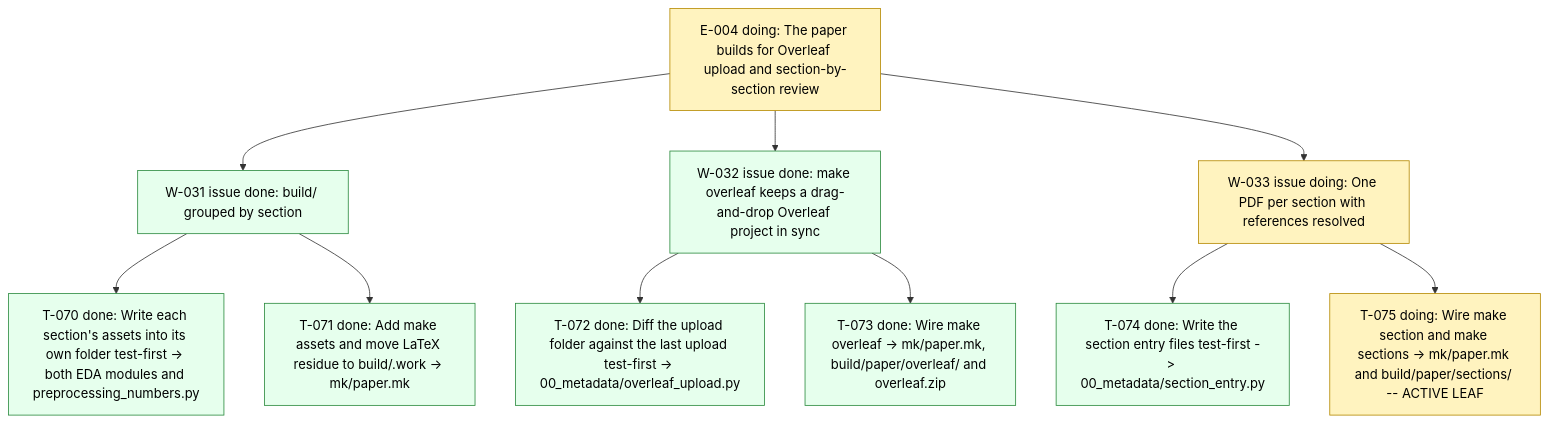
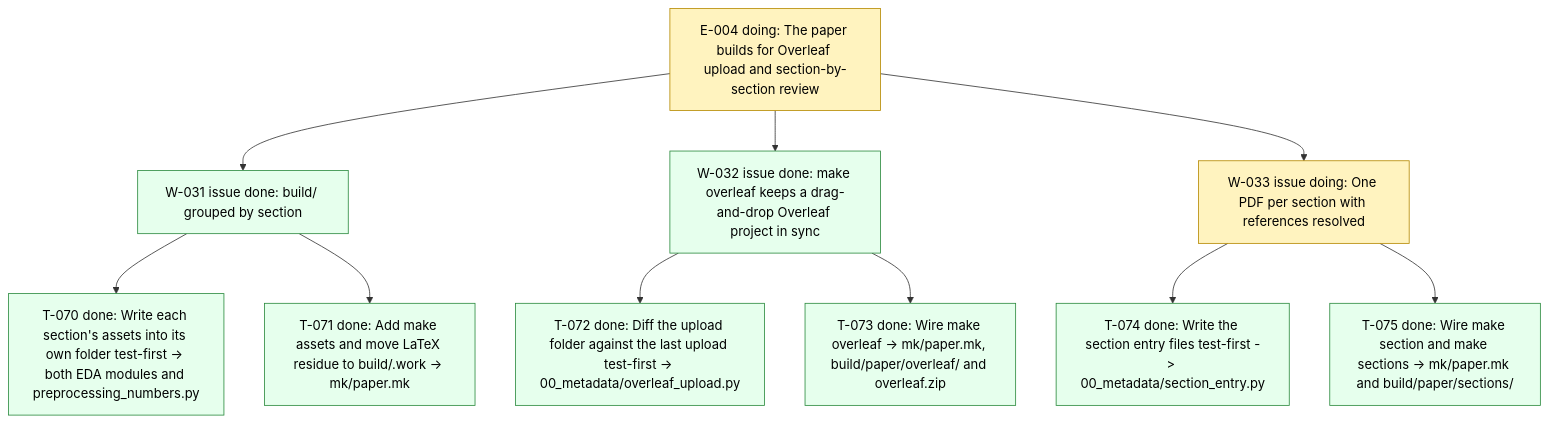
Before and after one commit to dpopchev/surrogate-models: the diagram in .board/BOARD.md, drawn with Mermaid. The commit also changed other lines of this file and 2 other files, not shown here.

Commit message:
chore: close T-075 on the board
Refs: W-033 T-075

````diff
--- a/.board/BOARD.md
+++ b/.board/BOARD.md
@@ -216,20 +216,20 @@
 ```mermaid
 flowchart TD
   E004["E-004 doing: The paper builds for Overleaf upload and section-by-section review"]
   E004 --> W031["W-031 issue done: build/ grouped by section"]
   W031 --> T070["T-070 done: Write each section's assets into its own folder test-first -> both EDA modules and preprocessing_numbers.py"]
   W031 --> T071["T-071 done: Add make assets and move LaTeX residue to build/.work -> mk/paper.mk"]
   E004 --> W032["W-032 issue done: make overleaf keeps a drag-and-drop Overleaf project in sync"]
   W032 --> T072["T-072 done: Diff the upload folder against the last upload test-first -> 00_metadata/overleaf_upload.py"]
   W032 --> T073["T-073 done: Wire make overleaf -> mk/paper.mk, build/paper/overleaf/ and overleaf.zip"]
   E004 --> W033["W-033 issue doing: One PDF per section with references resolved"]
   W033 --> T074["T-074 done: Write the section entry files test-first -> 00_metadata/section_entry.py"]
-  W033 --> T075["T-075 doing: Wire make section and make sections -> mk/paper.mk and build/paper/sections/ -- ACTIVE LEAF"]
+  W033 --> T075["T-075 done: Wire make section and make sections -> mk/paper.mk and build/paper/sections/"]
   classDef doing fill:#fff3bf,stroke:#b58900,color:#000;
   classDef blocked fill:#ffe3e3,stroke:#c92a2a,color:#000;
   classDef done fill:#e6ffed,stroke:#2b8a3e,color:#000;
   classDef todo fill:#f8f9fa,stroke:#868e96,color:#000;
   classDef pruned fill:#f1f3f5,stroke:#adb5bd,color:#000;
-  class E004,W033,T075 doing
-  class W031,T070,T071,W032,T072,T073,T074 done
+  class E004,W033 doing
+  class W031,T070,T071,W032,T072,T073,T074,T075 done
 ```
````
